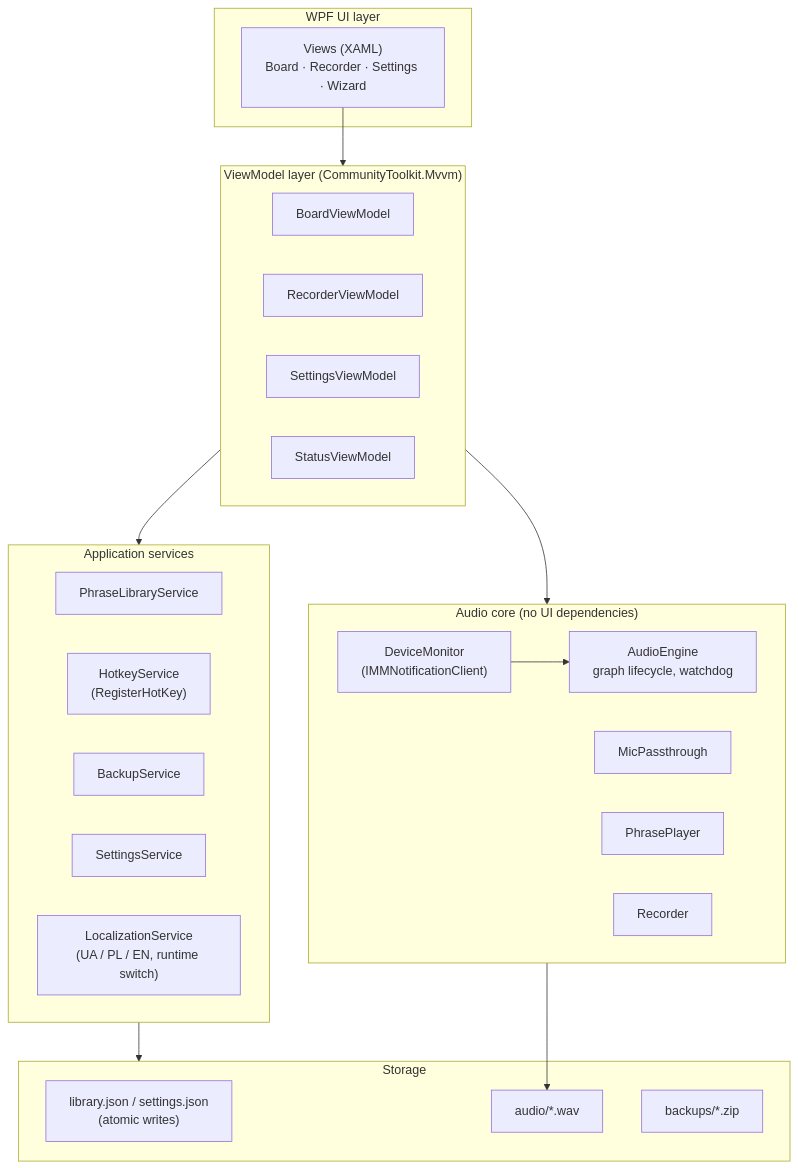
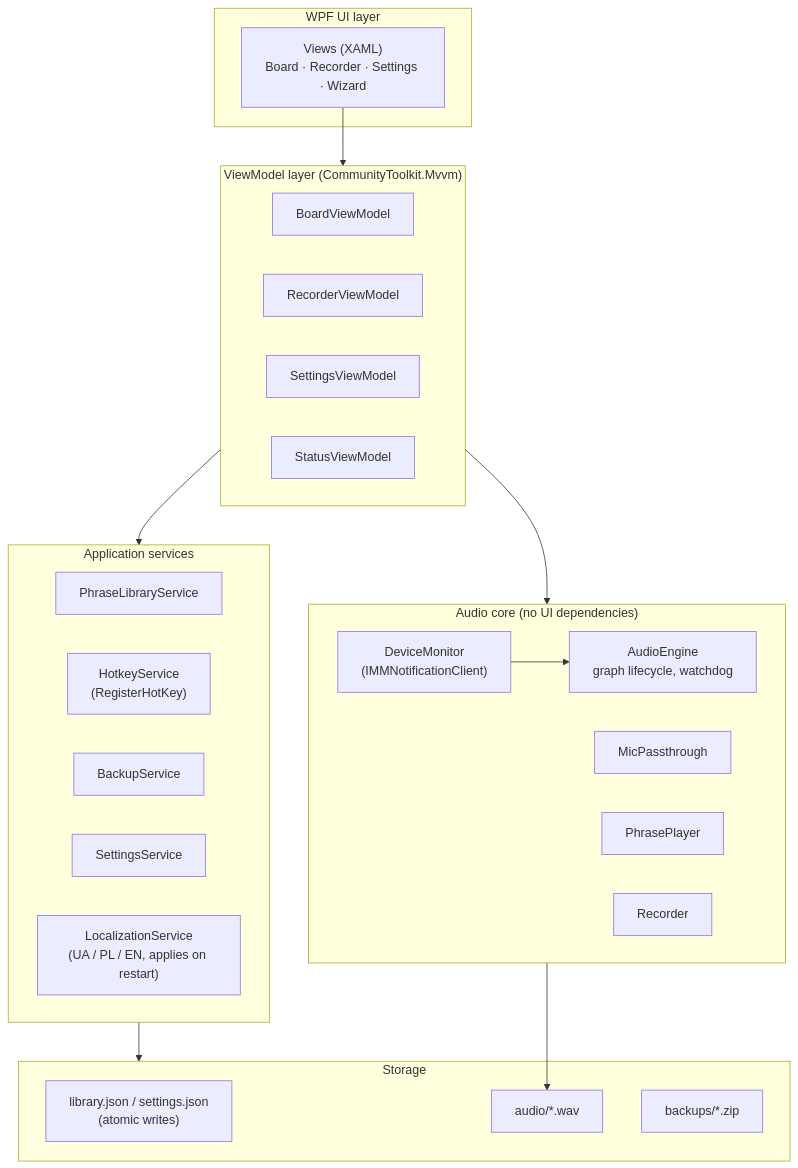
The diagram in docs/design/03-architecture.md (olehserv/ada-voice), drawn with Mermaid before and after one commit. The commit also changed other lines of this file and 9 other files, not shown here.

````diff
--- a/docs/design/03-architecture.md
+++ b/docs/design/03-architecture.md
@@ -7,37 +7,37 @@
 ```mermaid
 flowchart TB
     subgraph UI["WPF UI layer"]
         V["Views (XAML)<br/>Board · Recorder · Settings · Wizard"]
     end
     subgraph VM["ViewModel layer (CommunityToolkit.Mvvm)"]
         BVM["BoardViewModel"]
         RVM["RecorderViewModel"]
         SVM["SettingsViewModel"]
         STVM["StatusViewModel"]
     end
     subgraph SVC["Application services"]
         LIB["PhraseLibraryService"]
         HOT["HotkeyService<br/>(RegisterHotKey)"]
         BAK["BackupService"]
         SET["SettingsService"]
-        LOC["LocalizationService<br/>(UA / PL / EN, runtime switch)"]
+        LOC["LocalizationService<br/>(UA / PL / EN, applies on restart)"]
     end
     subgraph CORE["Audio core (no UI dependencies)"]
         ENG["AudioEngine<br/>graph lifecycle, watchdog"]
         PASS["MicPassthrough"]
         PLAY["PhrasePlayer"]
         REC["Recorder"]
         DEV["DeviceMonitor<br/>(IMMNotificationClient)"]
     end
     subgraph STORE["Storage"]
         JSON["library.json / settings.json<br/>(atomic writes)"]
         WAV["audio/*.wav"]
         ZIP["backups/*.zip"]
     end
 
     V --> VM --> SVC
     VM --> CORE
     SVC --> STORE
     CORE --> WAV
     DEV --> ENG
 ```
````
